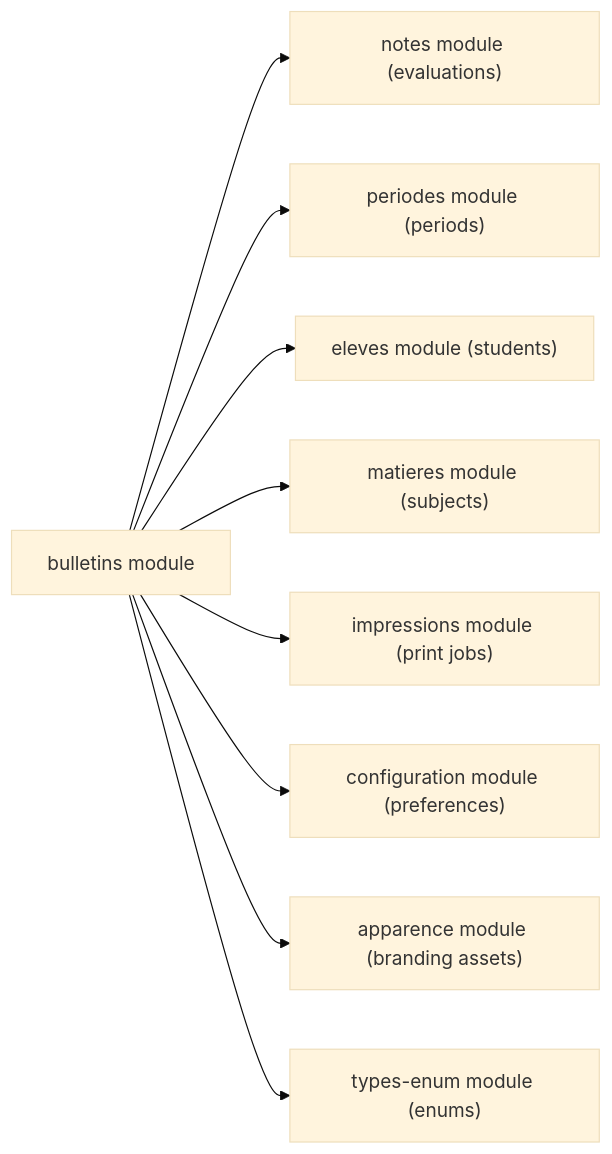
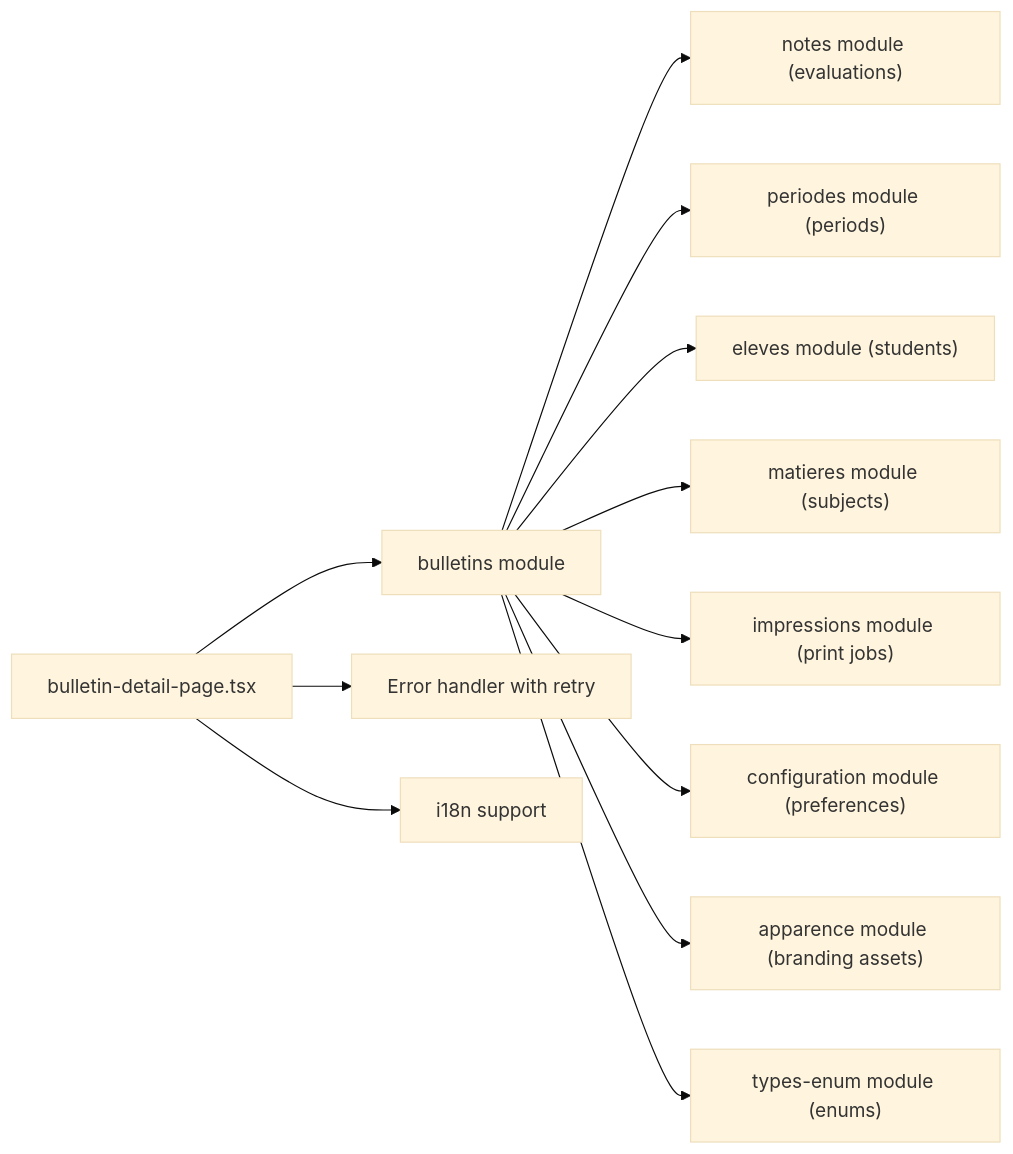
Before and after one commit to franckylab/eLISAschool: the sixth of 8 diagrams in .qoder/repowiki/en/content/Academic Management System/Grade & Evaluation System/Report Card Generation.md, drawn with Mermaid (base theme). The commit also changed other lines of this file and 49 other files, not shown here.

````diff
--- a/.qoder/repowiki/en/content/Academic Management System/Grade & Evaluation System/Report Card Generation.md
+++ b/.qoder/repowiki/en/content/Academic Management System/Grade & Evaluation System/Report Card Generation.md
@@ -329,11 +392,14 @@
 ```mermaid
 graph LR
 Bulletins["bulletins module"] --> Notes["notes module (evaluations)"]
 Bulletins --> Periodes["periodes module (periods)"]
 Bulletins --> Eleves["eleves module (students)"]
 Bulletins --> Matieres["matieres module (subjects)"]
 Bulletins --> Impressions["impressions module (print jobs)"]
 Bulletins --> Configuration["configuration module (preferences)"]
 Bulletins --> Apparence["apparence module (branding assets)"]
 Bulletins --> TypesEnum["types-enum module (enums)"]
+FrontendDetail["bulletin-detail-page.tsx"] --> Bulletins
+FrontendDetail --> ErrorHandler["Error handler with retry"]
+FrontendDetail --> Internationalization["i18n support"]
 ```
````
